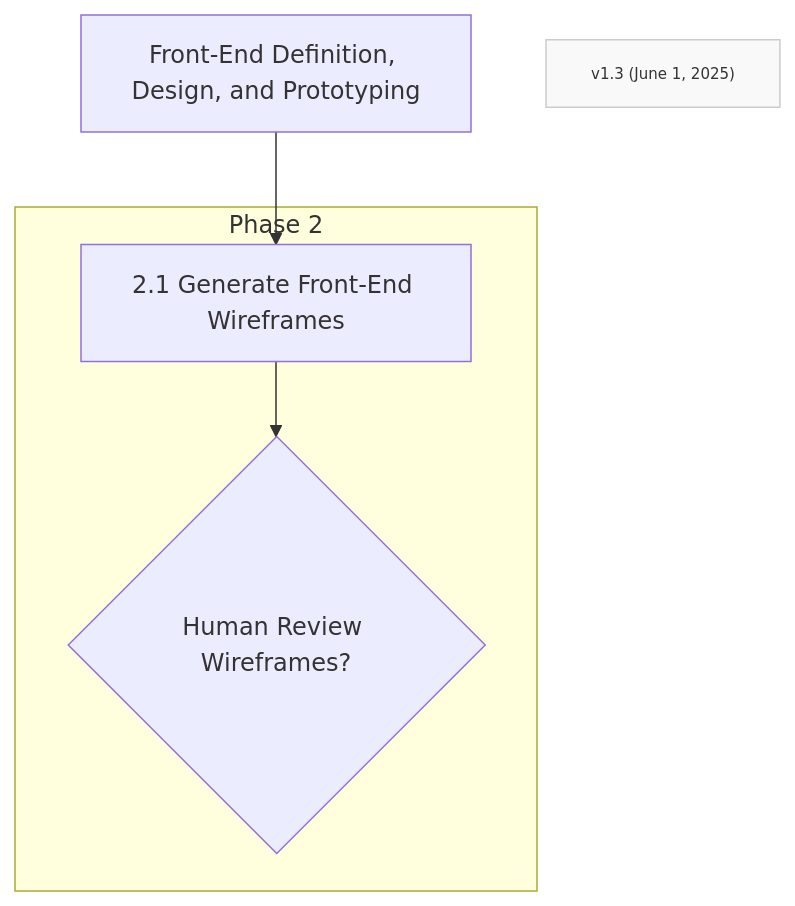
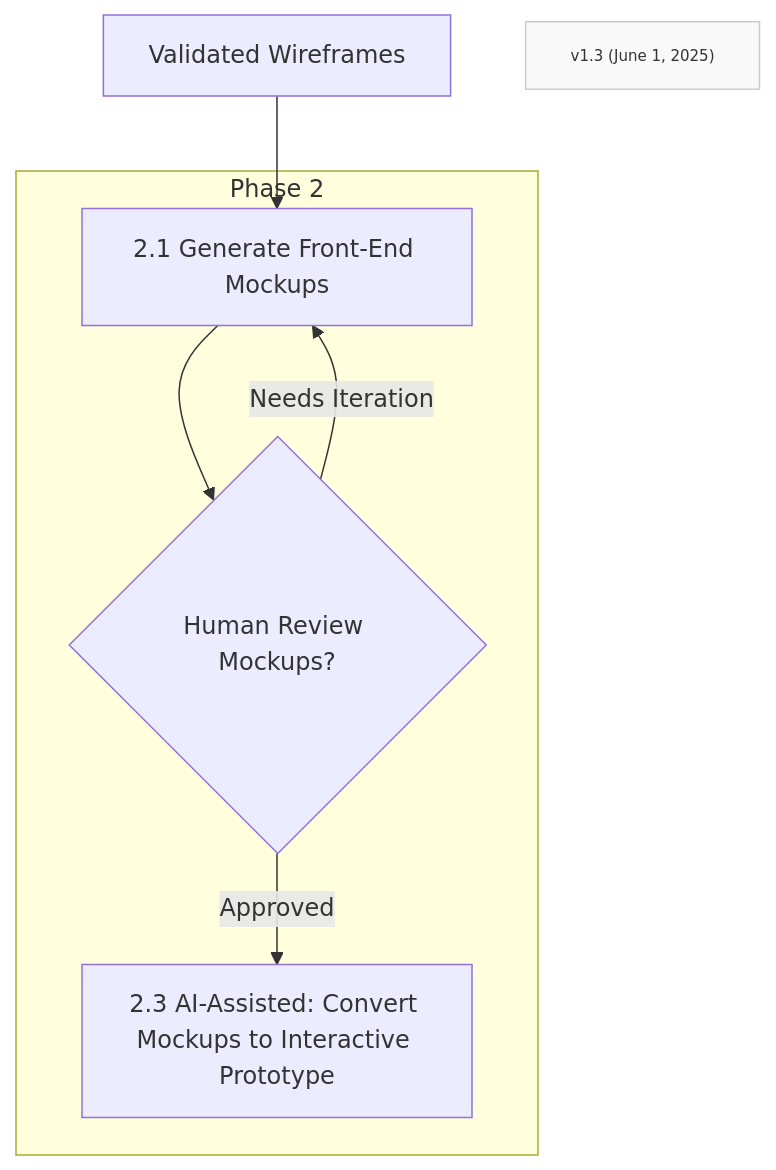
Before and after one commit to Mharbulous/Front-First-Method: the diagram in Method/FF-phase2.md, drawn with Mermaid. The commit also changed other lines of this file, not shown here.

````diff
--- a/Method/FF-phase2.md
+++ b/Method/FF-phase2.md
@@ -1,13 +3,17 @@
 ```mermaid
 graph TD
     
-B1["Front-End Definition, Design, and Prototyping"] --> B2["2.1 Generate Front-End Wireframes"]
-
+    B1["Validated Wireframes"] --> B2["2.1 Generate Front-End Mockups"]
     subgraph Phase1 ["Phase 2"]
-        B2 --> B3_Val{"Human Review Wireframes?"}
+        B2 --> B2_Val{"Human Review Mockups?"}
+        B2_Val -->|Needs Iteration| B2
+        B2_Val -->|Approved| B3["2.3 AI-Assisted: Convert Mockups to Interactive Prototype"]
+        
     end
 
-Version["v1.3 (June 1, 2025)"]
-classDef version fill:#f9f9f9,stroke:#ccc,font-size:10px
-class Version version
+
+    Version["v1.3 (June 1, 2025)"]    
+    classDef version fill:#f9f9f9,stroke:#ccc,font-size:10px
+    class Version version
+
 ```
````
